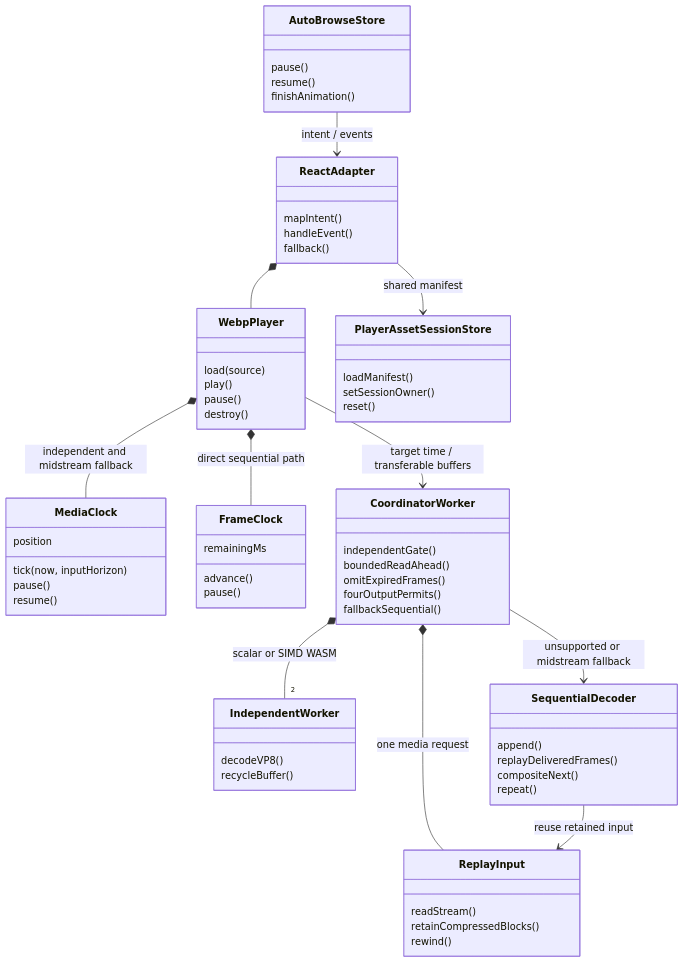
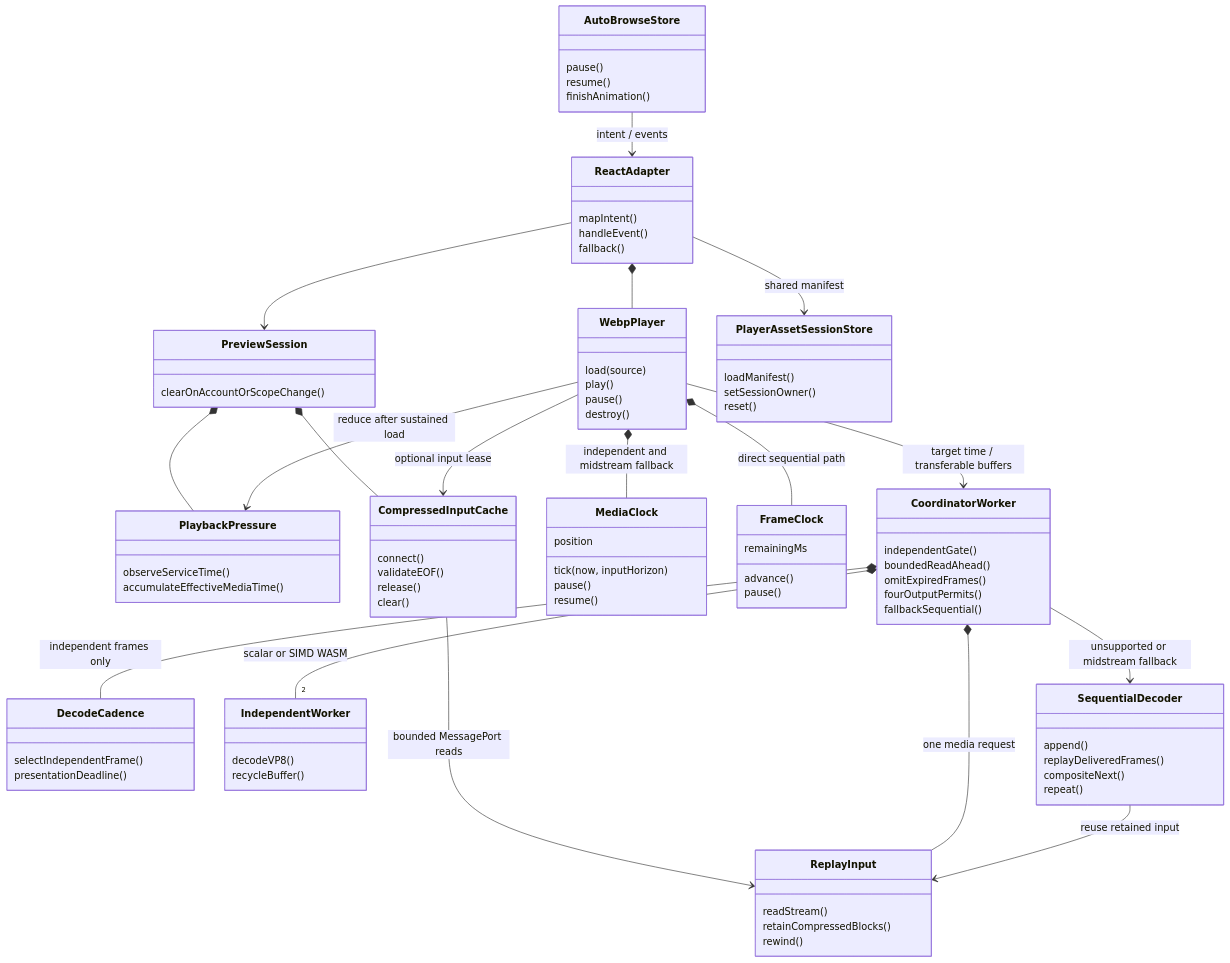
Before and after one commit to namehu/PixiShelf: the diagram in docs/design/diagrams/webp-streaming-player/classes.mmd, drawn with Mermaid. The commit also changed 35 other files, not shown here.

First line of the commit message:
feat(webp-player): 接入持续播放降载与压缩输入复用

```diff
--- a/docs/design/diagrams/webp-streaming-player/classes.mmd
+++ b/docs/design/diagrams/webp-streaming-player/classes.mmd
@@ -1,65 +1,89 @@
 classDiagram
     class AutoBrowseStore {
         pause()
         resume()
         finishAnimation()
     }
     class ReactAdapter {
         mapIntent()
         handleEvent()
         fallback()
     }
     class WebpPlayer {
         load(source)
         play()
         pause()
         destroy()
+    }
+    class PreviewSession {
+        clearOnAccountOrScopeChange()
+    }
+    class PlaybackPressure {
+        observeServiceTime()
+        accumulateEffectiveMediaTime()
+    }
+    class CompressedInputCache {
+        connect()
+        validateEOF()
+        release()
+        clear()
+    }
+    class DecodeCadence {
+        selectIndependentFrame()
+        presentationDeadline()
     }
     class MediaClock {
         position
         tick(now, inputHorizon)
         pause()
         resume()
     }
     class FrameClock {
         remainingMs
         advance()
         pause()
     }
     class PlayerAssetSessionStore {
         loadManifest()
         setSessionOwner()
         reset()
     }
     class CoordinatorWorker {
         independentGate()
         boundedReadAhead()
         omitExpiredFrames()
         fourOutputPermits()
         fallbackSequential()
     }
     class ReplayInput {
         readStream()
         retainCompressedBlocks()
         rewind()
     }
     class IndependentWorker {
         decodeVP8()
         recycleBuffer()
     }
     class SequentialDecoder {
         append()
         replayDeliveredFrames()
         compositeNext()
         repeat()
     }
     AutoBrowseStore --> ReactAdapter : intent / events
     ReactAdapter *-- WebpPlayer
+    ReactAdapter --> PreviewSession
+    PreviewSession *-- PlaybackPressure
+    PreviewSession *-- CompressedInputCache
+    WebpPlayer --> PlaybackPressure : reduce after sustained load
+    WebpPlayer --> CompressedInputCache : optional input lease
+    CompressedInputCache --> ReplayInput : bounded MessagePort reads
+    CoordinatorWorker *-- DecodeCadence : independent frames only
     ReactAdapter --> PlayerAssetSessionStore : shared manifest
     WebpPlayer *-- MediaClock : independent and midstream fallback
     WebpPlayer *-- FrameClock : direct sequential path
     WebpPlayer --> CoordinatorWorker : target time / transferable buffers
     CoordinatorWorker *-- ReplayInput : one media request
     CoordinatorWorker *-- "2" IndependentWorker : scalar or SIMD WASM
     CoordinatorWorker --> SequentialDecoder : unsupported or midstream fallback
     SequentialDecoder --> ReplayInput : reuse retained input
```
